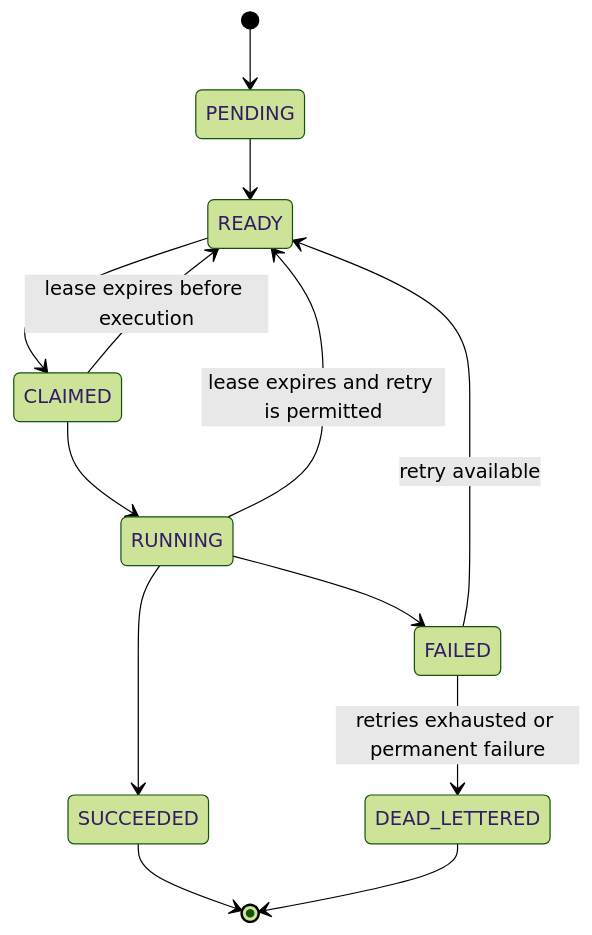
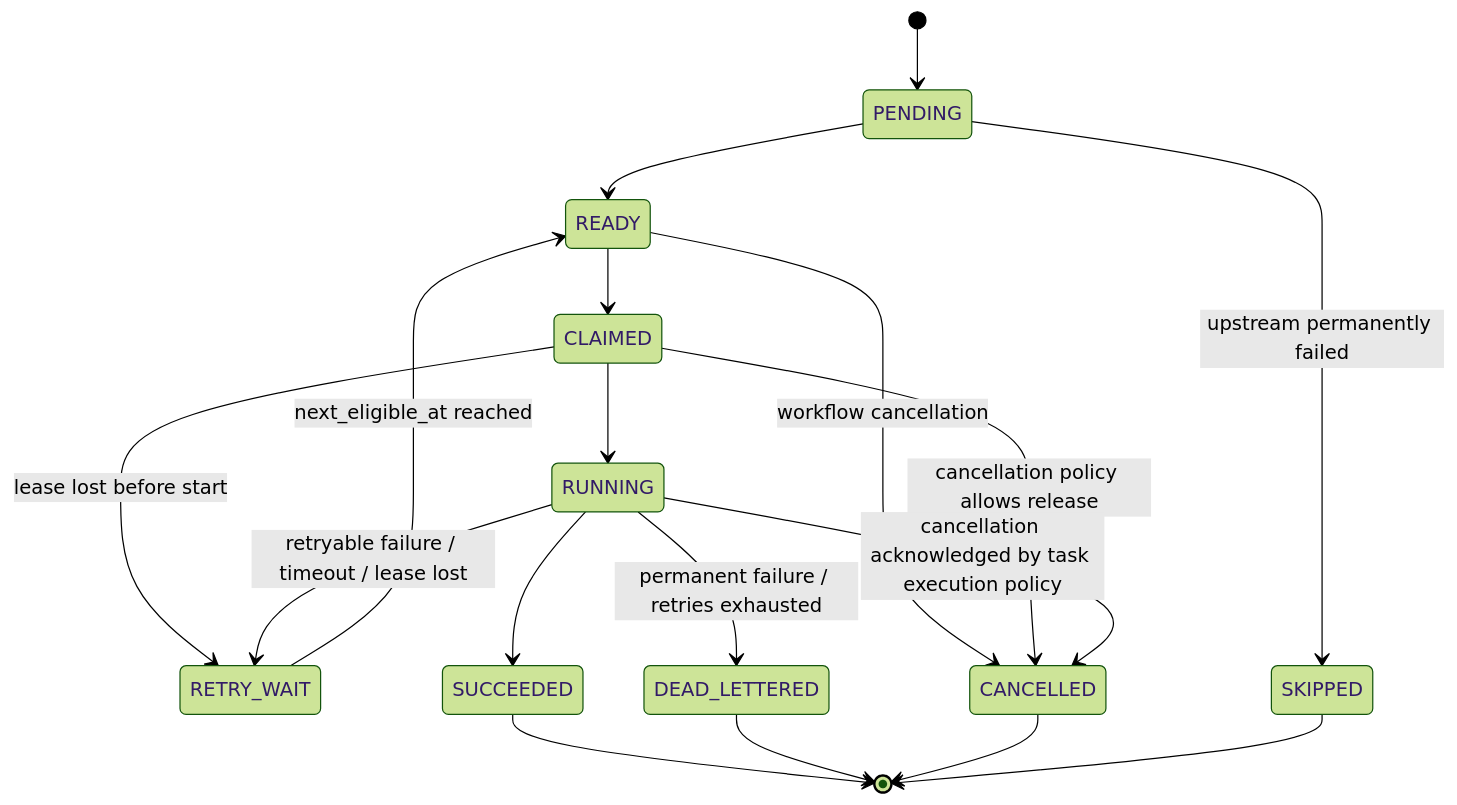
The second of 2 diagrams in docs/04-state-machine-proposal.md (ashish-2141/flowforge-engine), drawn with Mermaid (forest theme) before and after one commit. The commit also changed other lines of this file, not shown here.

Commit message:
docs: correct workflow and task state machines

````diff
--- a/docs/04-state-machine-proposal.md
+++ b/docs/04-state-machine-proposal.md
@@ -55,15 +51,20 @@
 ```mermaid
 stateDiagram-v2
     [*] --> PENDING
     PENDING --> READY
     READY --> CLAIMED
     CLAIMED --> RUNNING
-    CLAIMED --> READY: lease expires before execution
+    CLAIMED --> RETRY_WAIT: lease lost before start
     RUNNING --> SUCCEEDED
-    RUNNING --> FAILED
-    RUNNING --> READY: lease expires and retry is permitted
-    FAILED --> READY: retry available
-    FAILED --> DEAD_LETTERED: retries exhausted or permanent failure
+    RUNNING --> RETRY_WAIT: retryable failure / timeout / lease lost
+    RUNNING --> DEAD_LETTERED: permanent failure / retries exhausted
+    RETRY_WAIT --> READY: next_eligible_at reached
+    PENDING --> SKIPPED: upstream permanently failed
+    READY --> CANCELLED: workflow cancellation
+    CLAIMED --> CANCELLED: cancellation policy allows release
+    RUNNING --> CANCELLED: cancellation acknowledged by task execution policy
     SUCCEEDED --> [*]
     DEAD_LETTERED --> [*]
+    CANCELLED --> [*]
+    SKIPPED --> [*]
 ```
````
